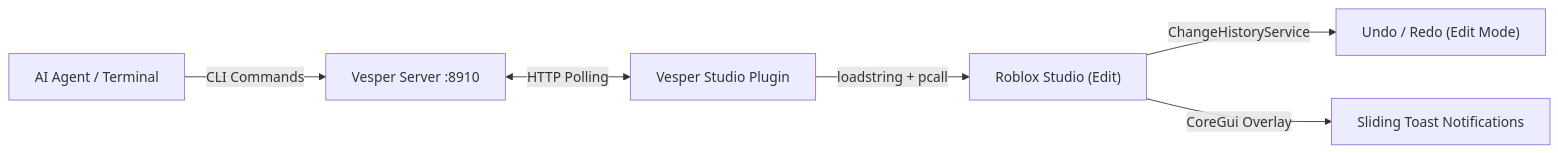
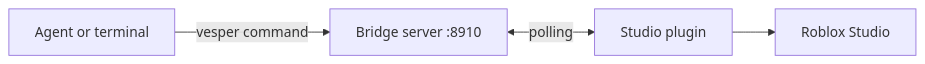
The diagram in README.md (raxelf/vesper), drawn with Mermaid before and after one commit. The commit also changed other lines of this file, not shown here.

````diff
--- a/README.md
+++ b/README.md
@@ -175,8 +149,6 @@
 ```mermaid
 flowchart LR
-    A["AI Agent / Terminal"] -->|CLI Commands| B["Vesper Server :8910"]
-    B <-->|HTTP Polling| C["Vesper Studio Plugin"]
-    C -->|loadstring + pcall| D["Roblox Studio (Edit)"]
-    D -->|ChangeHistoryService| E["Undo / Redo (Edit Mode)"]
-    D -->|CoreGui Overlay| F["Sliding Toast Notifications"]
+    A["Agent or terminal"] -->|vesper command| B["Bridge server :8910"]
+    B <-->|polling| C["Studio plugin"]
+    C --> D["Roblox Studio"]
 ```
````
